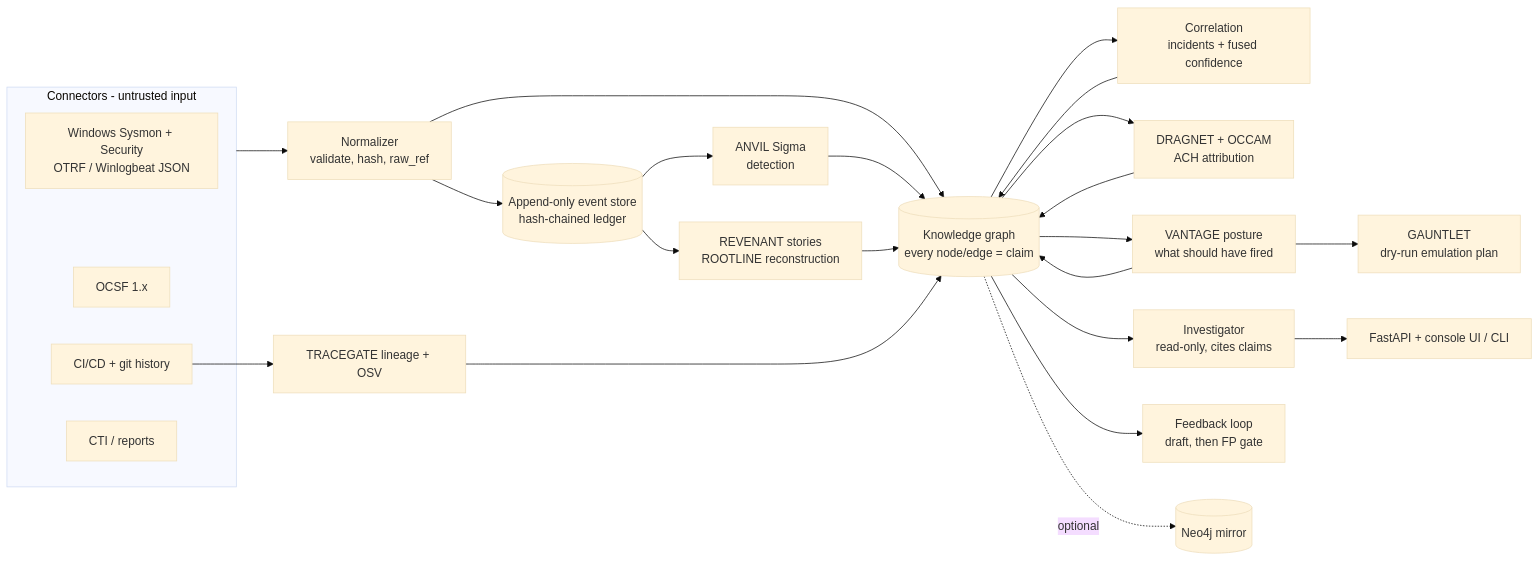
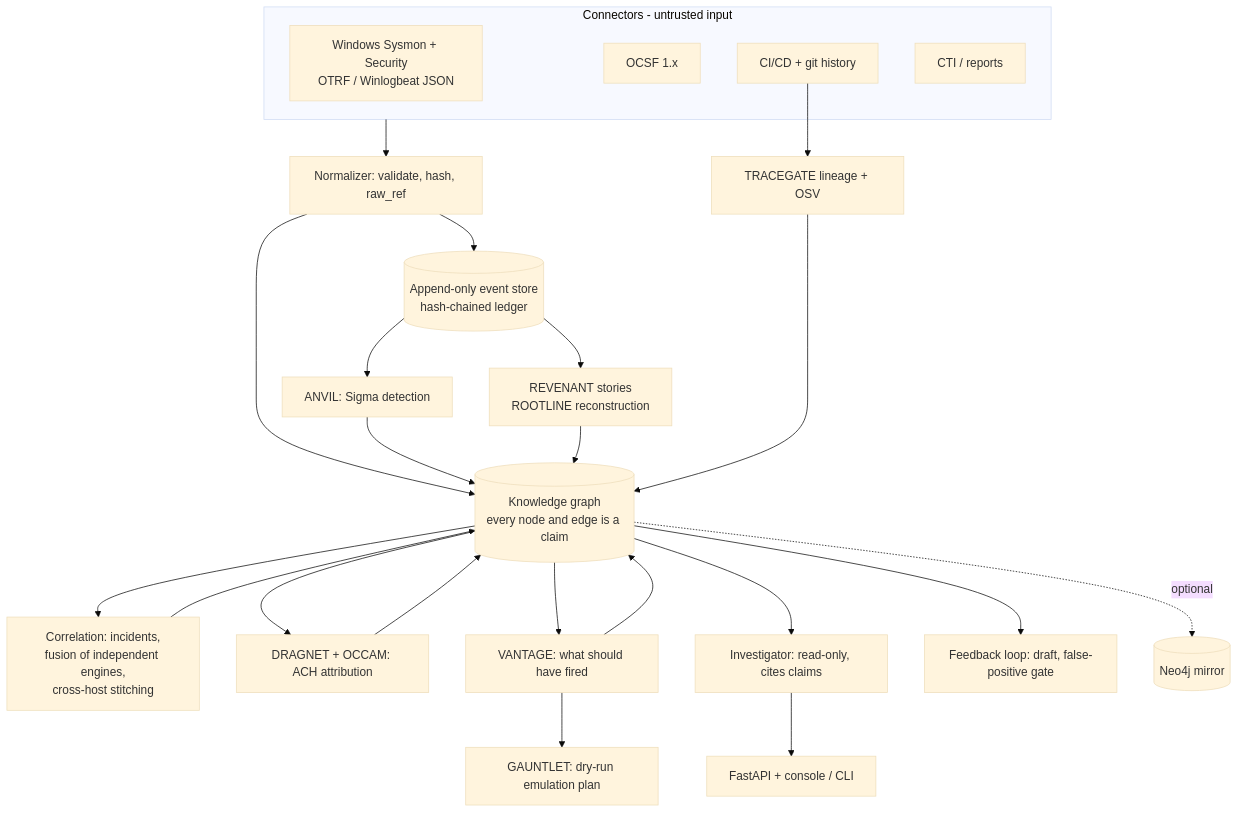
One commit to rakshit-737/throughline changed the diagram in README.md. Above: the diagram before and after it, drawn with Mermaid (base theme). The commit also changed other lines of this file and 14 other files, not shown here.

````diff
--- a/README.md
+++ b/README.md
@@ -35,28 +66,28 @@
 ```mermaid
-flowchart LR
-  subgraph IN[Connectors - untrusted input]
-    W[Windows Sysmon + Security<br/>OTRF / Winlogbeat JSON]
-    O[OCSF 1.x]
-    C[CI/CD + git history]
-    T[CTI / reports]
+flowchart TB
+  subgraph IN["Connectors - untrusted input"]
+    W["Windows Sysmon + Security<br/>OTRF / Winlogbeat JSON"]
+    O["OCSF 1.x"]
+    C["CI/CD + git history"]
+    T["CTI / reports"]
   end
-  IN --> N[Normalizer<br/>validate, hash, raw_ref]
-  N --> ES[(Append-only event store<br/>hash-chained ledger)]
-  N --> KG[(Knowledge graph<br/>every node/edge = claim)]
-  ES --> DET[ANVIL Sigma<br/>detection]
-  ES --> PROV[REVENANT stories<br/>ROOTLINE reconstruction]
+  IN --> N["Normalizer: validate, hash, raw_ref"]
+  N --> ES[("Append-only event store<br/>hash-chained ledger")]
+  N --> KG[("Knowledge graph<br/>every node and edge is a claim")]
+  ES --> DET["ANVIL: Sigma detection"]
+  ES --> PROV["REVENANT stories<br/>ROOTLINE reconstruction"]
   DET --> KG
   PROV --> KG
-  KG --> COR[Correlation<br/>incidents + fused confidence]
+  KG --> COR["Correlation: incidents,<br/>fusion of independent engines,<br/>cross-host stitching"]
   COR --> KG
-  KG --> INT[DRAGNET + OCCAM<br/>ACH attribution]
-  KG --> POS[VANTAGE posture<br/>what should have fired]
-  POS --> SIM[GAUNTLET<br/>dry-run emulation plan]
+  KG --> INT["DRAGNET + OCCAM: ACH attribution"]
+  KG --> POS["VANTAGE: what should have fired"]
+  POS --> SIM["GAUNTLET: dry-run emulation plan"]
   INT --> KG
   POS --> KG
-  C --> SC[TRACEGATE lineage + OSV] --> KG
-  KG --> INV[Investigator<br/>read-only, cites claims]
-  KG --> LOOP[Feedback loop<br/>draft, then FP gate]
-  INV --> API[FastAPI + console UI / CLI]
-  KG -.optional.-> NEO[(Neo4j mirror)]
+  C --> SC["TRACEGATE lineage + OSV"] --> KG
+  KG --> INV["Investigator: read-only, cites claims"]
+  KG --> LOOP["Feedback loop: draft, false-positive gate"]
+  INV --> API["FastAPI + console / CLI"]
+  KG -.->|"optional"| NEO[("Neo4j mirror")]
 ```
````
